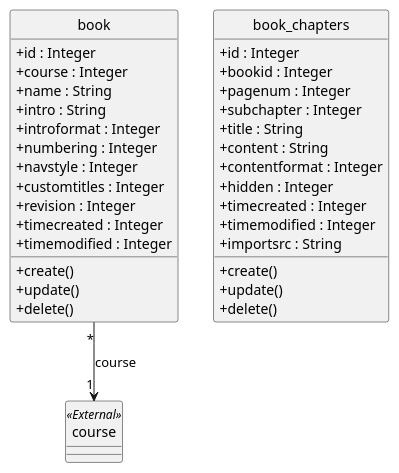
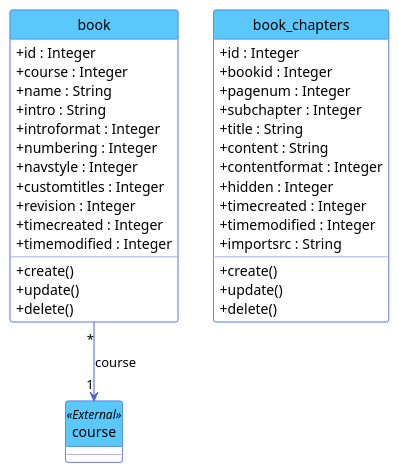
The diagram in desiagn/ahmed/classDiagram/daris_class_book.puml (AhmedAnwar-Gazy/darisLMS), drawn with PlantUML before and after one commit. The commit also changed 159 other files, not shown here.

```diff
--- a/desiagn/ahmed/classDiagram/daris_class_book.puml
+++ b/desiagn/ahmed/classDiagram/daris_class_book.puml
@@ -1,45 +1,63 @@
 @startuml
 hide circle
+
+' Color Customization
+skinparam {
+    BackgroundColor white
+    ArrowColor #4C5FD5
+    
+    ' Class Diagram specific
+    ClassBackgroundColor white
+    ClassBorderColor #4C5FD5
+    ClassHeaderBackgroundColor #5AC8FA
+    ClassAttributeFontColor black
+    ClassStereotypeFontColor black
+    
+    ' Notes
+    NoteBackgroundColor #FBBF24
+    NoteBorderColor #FBBF24
+}
+
 skinparam classAttributeIconSize 0
 
 class "book" {
   +id : Integer
   +course : Integer
   +name : String
   +intro : String
   +introformat : Integer
   +numbering : Integer
   +navstyle : Integer
   +customtitles : Integer
   +revision : Integer
   +timecreated : Integer
   +timemodified : Integer
   __
   +create()
   +update()
   +delete()
 }
 
 class "book_chapters" {
   +id : Integer
   +bookid : Integer
   +pagenum : Integer
   +subchapter : Integer
   +title : String
   +content : String
   +contentformat : Integer
   +hidden : Integer
   +timecreated : Integer
   +timemodified : Integer
   +importsrc : String
   __
   +create()
   +update()
   +delete()
 }
 
 class "course" <<External>> {
 }
 
 "book" "*" --> "1" "course" : course
 @enduml
```
